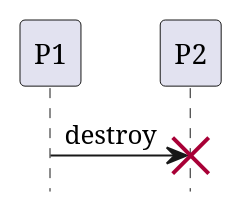
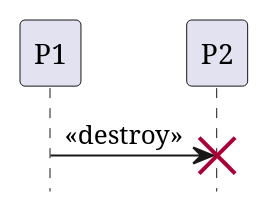
One commit to gigl-uml/Guide_uml_polymtl changed the diagram in plant_uml/destroyMessageExample.plantuml. Above: the diagram before and after it, drawn with PlantUML. The commit also changed 8 other files, not shown here.

Commit message:
traduction diagramme interaction

```diff
--- a/plant_uml/destroyMessageExample.plantuml
+++ b/plant_uml/destroyMessageExample.plantuml
@@ -1,6 +1,6 @@
 @startuml
 hide footbox
 skinparam backgroundcolor transparent
-P1 -> P2 : destroy
+P1 -> P2 : <<destroy>>
 destroy P2
 @enduml
```
